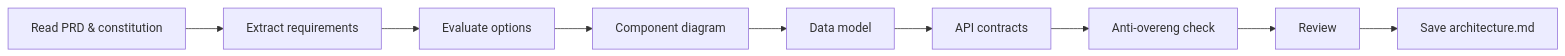
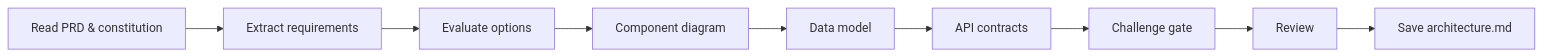
The diagram in skills/architecture-decision/SKILL.md (ai-driven-dev/framework), drawn with Mermaid before and after one commit. The commit also changed other lines of this file and 22 other files, not shown here.

First line of the commit message:
feat: add challenge gates to all skills, extract inline templates, add feedback_loop command

````diff
--- a/skills/architecture-decision/SKILL.md
+++ b/skills/architecture-decision/SKILL.md
@@ -34,4 +35,4 @@
 ```mermaid
 flowchart LR
-    A[Read PRD & constitution] --> B[Extract requirements] --> C[Evaluate options] --> D[Component diagram] --> E[Data model] --> F[API contracts] --> G[Anti-overeng check] --> H[Review] --> I[Save architecture.md]
+    A[Read PRD & constitution] --> B[Extract requirements] --> C[Evaluate options] --> D[Component diagram] --> E[Data model] --> F[API contracts] --> G[Challenge gate] --> H[Review] --> I[Save architecture.md]
 ```
````
